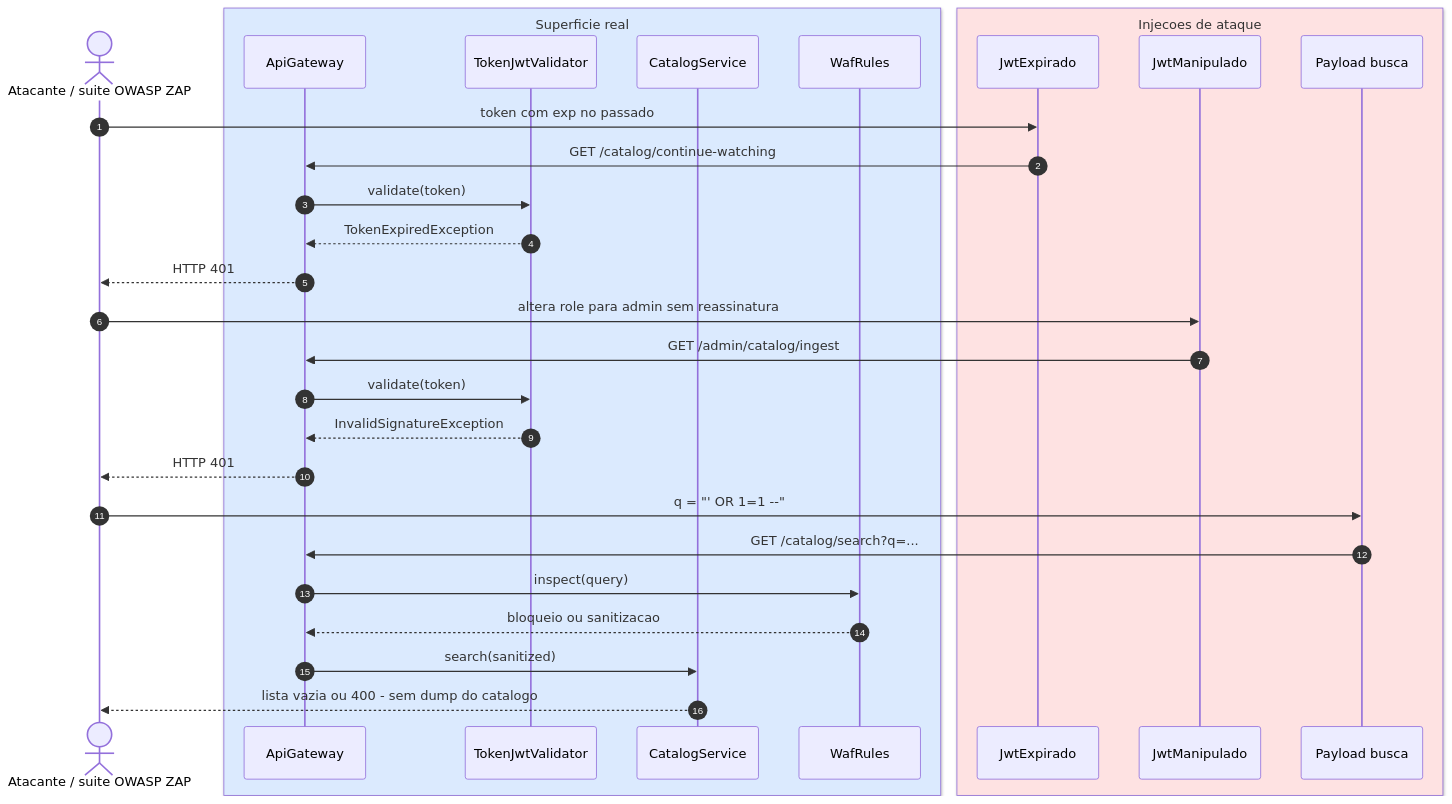
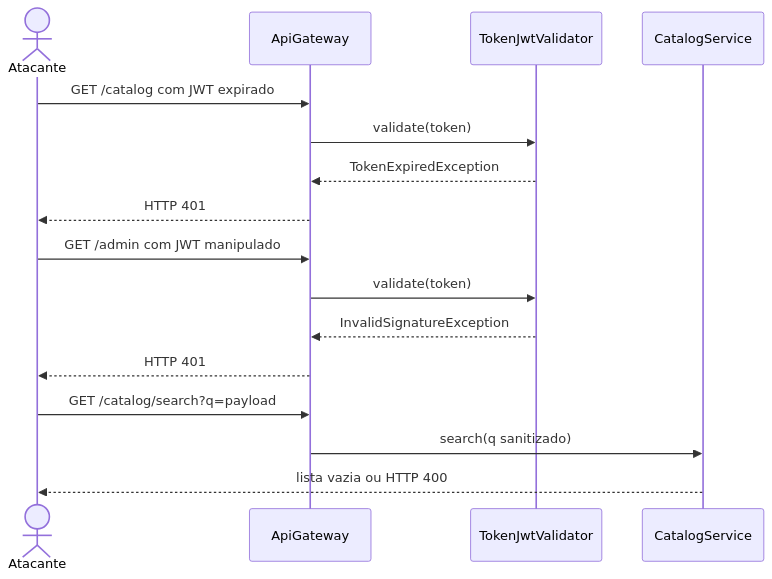
One commit to DiogoBAguiar/atividade-testes-software changed the diagram in diagramas/4.2-seguranca.mmd. Above: the diagram before and after it, drawn with Mermaid. The commit also changed 27 other files, not shown here.

First line of the commit message:
Alinhar diagramas ao padrão UML do Laboratório 02.

```diff
--- a/diagramas/4.2-seguranca.mmd
+++ b/diagramas/4.2-seguranca.mmd
@@ -1,35 +1,19 @@
 sequenceDiagram
-    autonumber
-    actor ATT as Atacante / suite OWASP ZAP
+    actor Atacante
+    participant GW as ApiGateway
+    participant JWT as TokenJwtValidator
+    participant CAT as CatalogService
 
-    box rgb(219,234,254) Superficie real
-        participant GW as ApiGateway
-        participant JWT as TokenJwtValidator
-        participant CAT as CatalogService
-        participant WAF as WafRules
-    end
-
-    box rgb(254,226,226) Injecoes de ataque
-        participant EXP as JwtExpirado
-        participant TAM as JwtManipulado
-        participant SQLi as Payload busca
-    end
-
-    ATT->>EXP: token com exp no passado
-    EXP->>GW: GET /catalog/continue-watching
+    Atacante->>GW: GET /catalog com JWT expirado
     GW->>JWT: validate(token)
     JWT-->>GW: TokenExpiredException
-    GW-->>ATT: HTTP 401
+    GW-->>Atacante: HTTP 401
 
-    ATT->>TAM: altera role para admin sem reassinatura
-    TAM->>GW: GET /admin/catalog/ingest
+    Atacante->>GW: GET /admin com JWT manipulado
     GW->>JWT: validate(token)
     JWT-->>GW: InvalidSignatureException
-    GW-->>ATT: HTTP 401
+    GW-->>Atacante: HTTP 401
 
-    ATT->>SQLi: q = "' OR 1=1 --"
-    SQLi->>GW: GET /catalog/search?q=...
-    GW->>WAF: inspect(query)
-    WAF-->>GW: bloqueio ou sanitizacao
-    GW->>CAT: search(sanitized)
-    CAT-->>ATT: lista vazia ou 400 - sem dump do catalogo
+    Atacante->>GW: GET /catalog/search?q=payload
+    GW->>CAT: search(q sanitizado)
+    CAT-->>Atacante: lista vazia ou HTTP 400
```
